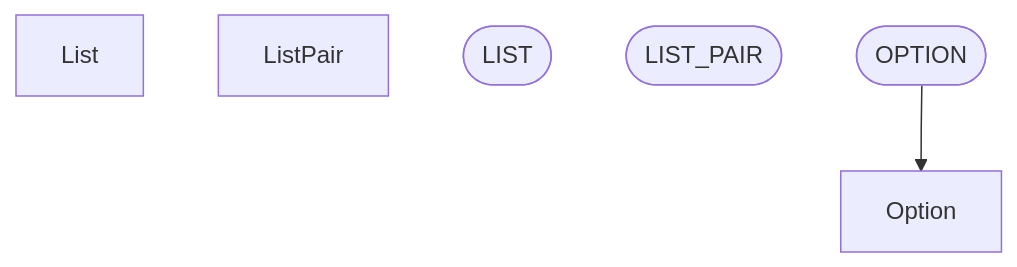
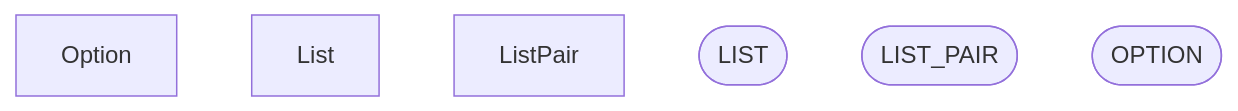
Before and after one commit to ruudkoot/rune: the fourth of 9 diagrams in docs/generated/basis/depends.md, drawn with Mermaid. The commit also changed other lines of this file and 15 other files, not shown here.

````diff
--- a/docs/generated/basis/depends.md
+++ b/docs/generated/basis/depends.md
@@ -114,10 +113,9 @@
 ```mermaid
 flowchart TD
   n3["Option"]
   n4["List"]
   n5["ListPair"]
   n104(["LIST"])
   n105(["LIST_PAIR"])
   n110(["OPTION"])
-  n110 --> n3
 ```
````
